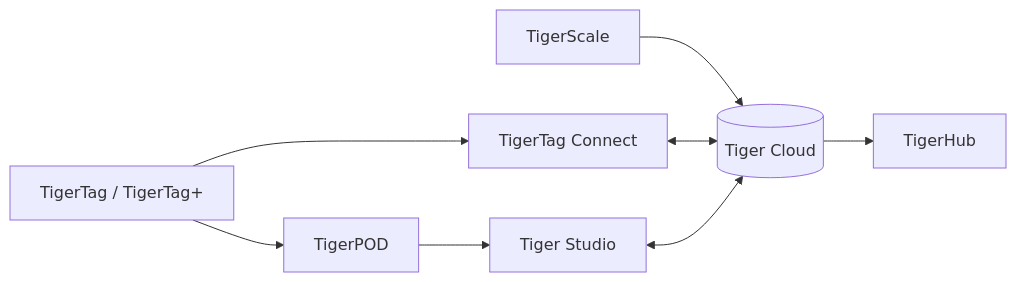
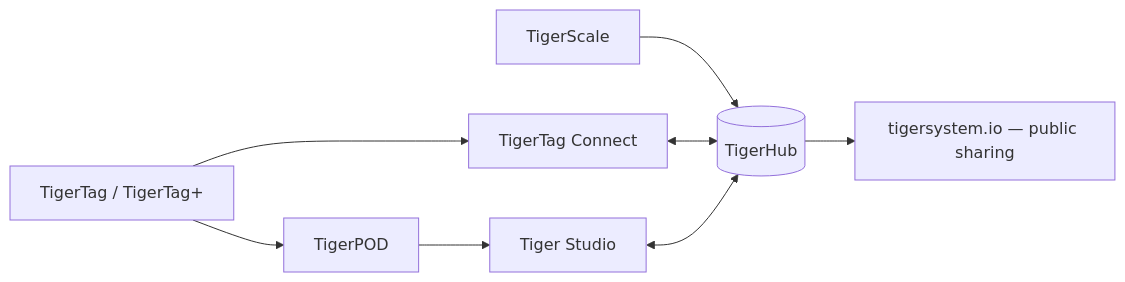
Before and after one commit to TigerTag-Project/TigerSystem-Docs: the diagram in docs/products/README.md, drawn with Mermaid. The commit also changed other lines of this file and 23 other files, not shown here.

Commit message:
Fix terminology: the Firebase account backbone is TigerHub (drop the invented 'Tiger Cloud' name, merge the two product pages)

````diff
--- a/docs/products/README.md
+++ b/docs/products/README.md
@@ -16,9 +15,9 @@
 ```mermaid
 flowchart LR
     TT[TigerTag / TigerTag+] --> CO[TigerTag Connect]
     TT --> POD[TigerPOD] --> ST[Tiger Studio]
-    SC[TigerScale] --> CL[(Tiger Cloud)]
-    CO <--> CL
-    ST <--> CL
-    CL --> HUB[TigerHub]
+    SC[TigerScale] --> HUB[("TigerHub")]
+    CO <--> HUB
+    ST <--> HUB
+    HUB --> WEB["tigersystem.io — public sharing"]
 ```
````
